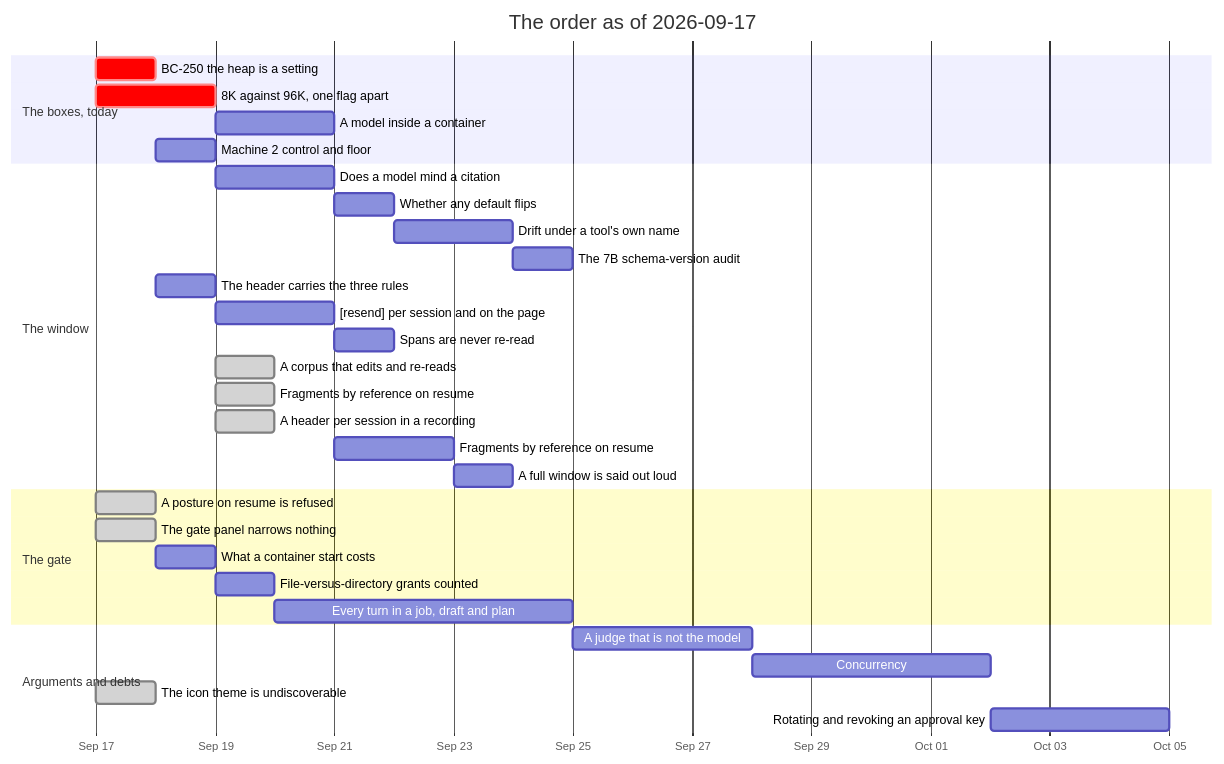
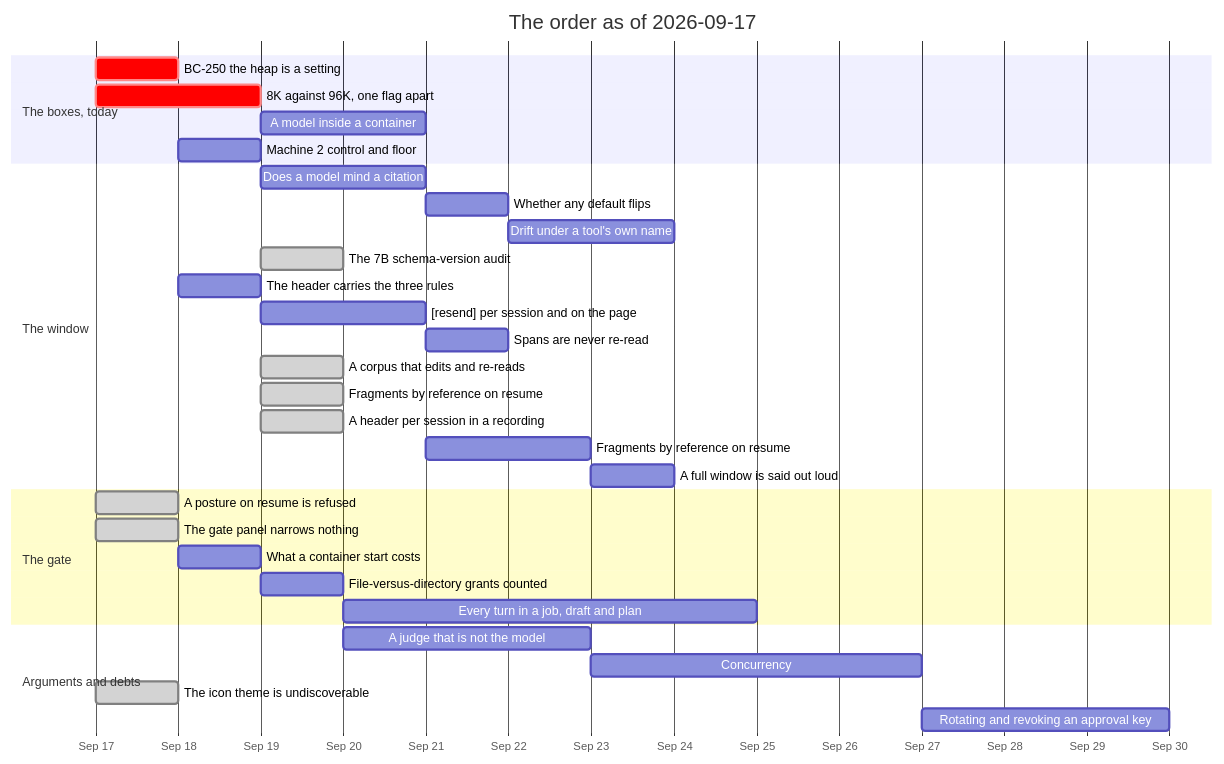
Before and after one commit to jgermade/luu: the diagram in ROADMAP/2026-09-17/README.md, drawn with Mermaid. The commit also changed other lines of this file and 7 other files, not shown here.

First line of the commit message:
Audit every recorded run against the tool schema it was made on (#42)

````diff
--- a/ROADMAP/2026-09-17/README.md
+++ b/ROADMAP/2026-09-17/README.md
@@ -149,35 +149,35 @@
 ```mermaid
 gantt
     title The order as of 2026-09-17
     dateFormat YYYY-MM-DD
     axisFormat %b %d
     section The boxes, today
     BC-250 the heap is a setting           :crit, gtt, 2026-09-17, 1d
     8K against 96K, one flag apart         :crit, ctx, 2026-09-17, 2d
     A model inside a container             :ctr, after ctx, 2d
     Machine 2 control and floor            :m2, after gtt, 1d
     section The window
     Does a model mind a citation           :cite, after ctx, 2d
     Whether any default flips              :flip, after cite, 1d
     Drift under a tool's own name          :drift, after flip, 2d
-    The 7B schema-version audit            :audit, after drift, 1d
+    The 7B schema-version audit            :done, audit, 2026-09-19, 1d
     The header carries the three rules     :hdr, 2026-09-18, 1d
     [resend] per session and on the page   :resend, after hdr, 2d
     Spans are never re-read                :stale, after resend, 1d
     A corpus that edits and re-reads       :done, corpus, 2026-09-19, 1d
     Fragments by reference on resume       :done, frag2, 2026-09-19, 1d
     A header per session in a recording    :done, hdr2, 2026-09-19, 1d
     Fragments by reference on resume       :frag, after resend, 2d
     A full window is said out loud         :full, after frag, 1d
     section The gate
     A posture on resume is refused         :done, posture, 2026-09-17, 1d
     The gate panel narrows nothing         :done, panel, 2026-09-17, 1d
     What a container start costs           :cost, after panel, 1d
     File-versus-directory grants counted   :grants, after cost, 1d
     Every turn in a job, draft and plan    :jobs, after grants, 5d
     section Arguments and debts
     A judge that is not the model          :judge, after audit, 3d
     Concurrency                            :conc, after judge, 4d
     The icon theme is undiscoverable       :done, icon, 2026-09-17, 1d
     Rotating and revoking an approval key  :keys, after conc, 3d
 ```
````
